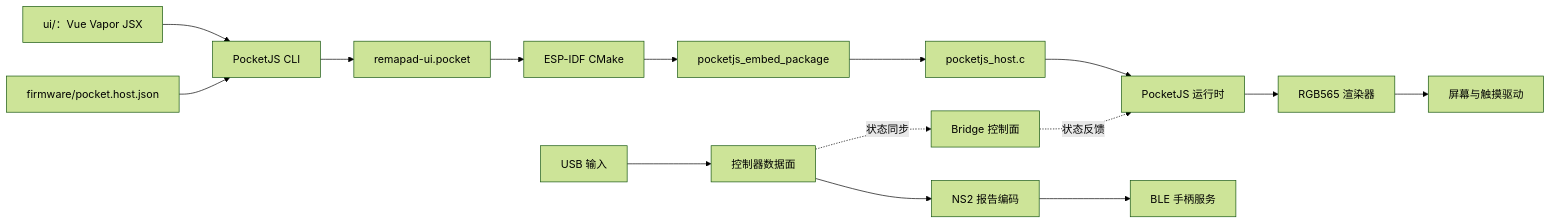
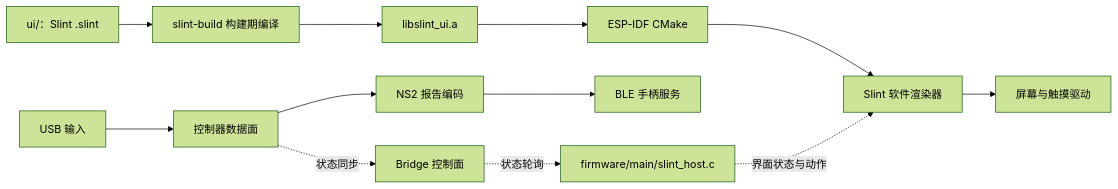
One commit to slime7/remapad changed the diagram in README.md. Above: the diagram before and after it, drawn with Mermaid (forest theme). The commit also changed other lines of this file and 196 other files, not shown here.

First line of the commit message:
feat(ui): 屏幕 UI 改用 Slint + Rust，撤掉 PocketJS 运行时与 Node 工具链

````diff
--- a/README.md
+++ b/README.md
@@ -43,17 +43,14 @@
 ```mermaid
 flowchart LR
-    UI[ui/：Vue Vapor JSX] --> CLI[PocketJS CLI]
-    Profile[firmware/pocket.host.json] --> CLI
-    CLI --> Artifacts[remapad-ui.pocket]
-    Artifacts --> CMake[ESP-IDF CMake]
-    CMake --> Embed[pocketjs_embed_package]
-    Embed --> Host[pocketjs_host.c]
-    Host --> Guest[PocketJS 运行时]
-    Guest --> Renderer[RGB565 渲染器]
+    UI[ui/：Slint .slint] --> Compile[slint-build 构建期编译]
+    Compile --> Lib[libslint_ui.a]
+    Lib --> CMake[ESP-IDF CMake]
+    CMake --> Renderer[Slint 软件渲染器]
     Renderer --> BSP[屏幕与触摸驱动]
     USB[USB 输入] --> DataPlane[控制器数据面]
     DataPlane --> NS2[NS2 报告编码]
     NS2 --> BLE[BLE 手柄服务]
     DataPlane -.状态同步.-> Bridge[Bridge 控制面]
-    Bridge -.状态反馈.-> Guest
+    Bridge -.状态轮询.-> Host[firmware/main/slint_host.c]
+    Host -.界面状态与动作.-> Renderer
 ```
````
